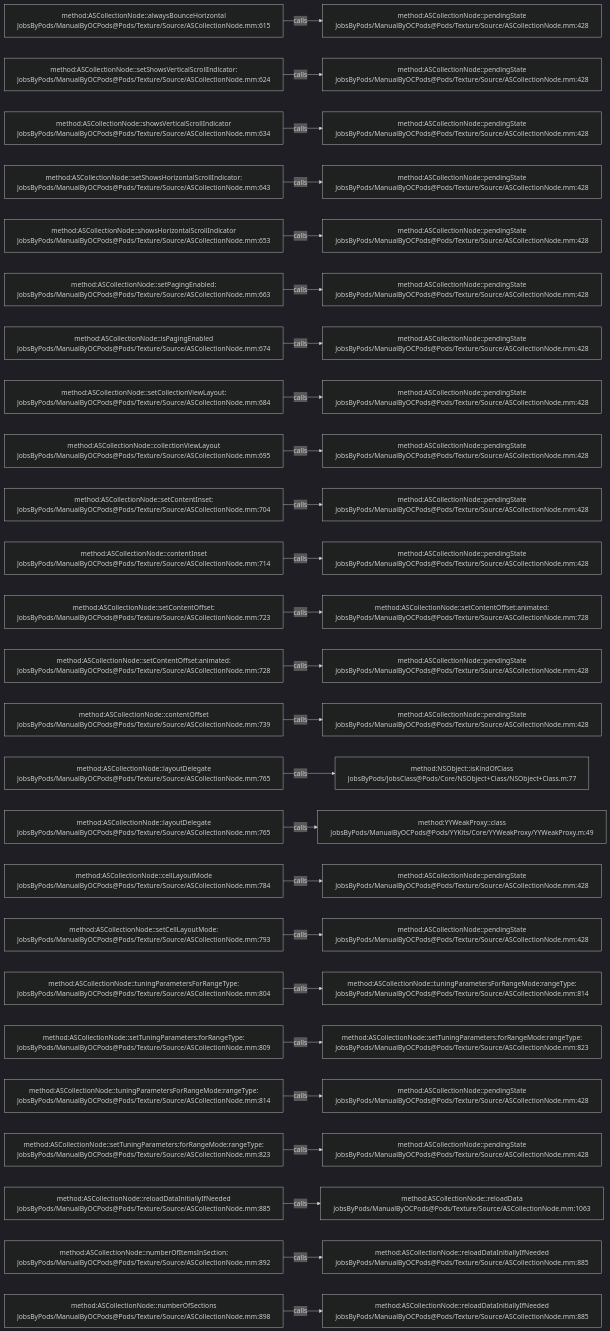
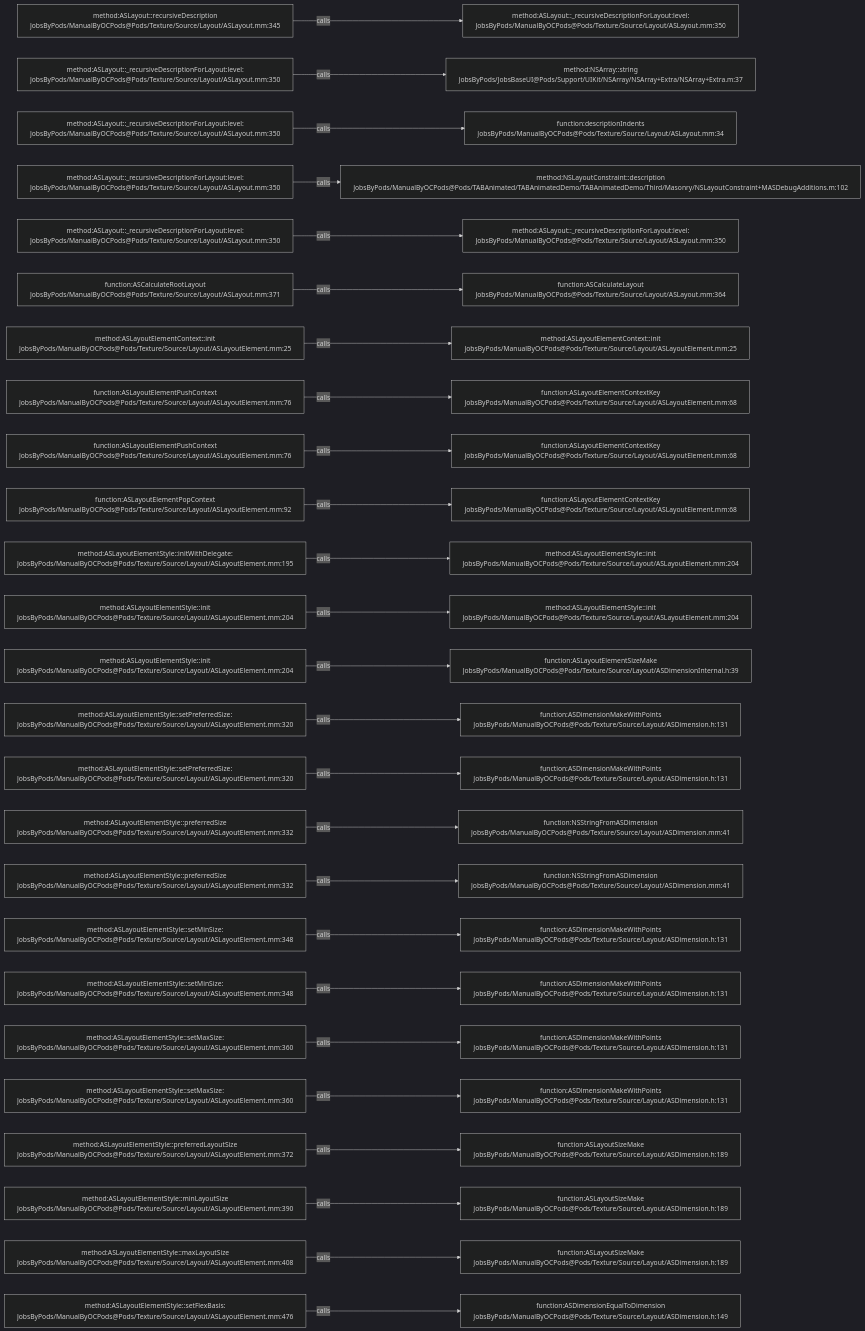
Before and after one commit to JobsKits/JobsOCBaseConfigDemo: the diagram in .codegraph/codegraph.md/graphs/calls-187.md, drawn with Mermaid (dark theme). The commit also changed 2162 other files, not shown here.

````diff
--- a/.codegraph/codegraph.md/graphs/calls-187.md
+++ b/.codegraph/codegraph.md/graphs/calls-187.md
@@ -13,78 +13,78 @@
 ```mermaid
 flowchart LR
-  S1["method:ASCollectionNode::alwaysBounceHorizontal<br/>JobsByPods/ManualByOCPods@Pods/Texture/Source/ASCollectionNode.mm:615"]
-  T1["method:ASCollectionNode::pendingState<br/>JobsByPods/ManualByOCPods@Pods/Texture/Source/ASCollectionNode.mm:428"]
+  S1["method:ASLayout::recursiveDescription<br/>JobsByPods/ManualByOCPods@Pods/Texture/Source/Layout/ASLayout.mm:345"]
+  T1["method:ASLayout::_recursiveDescriptionForLayout:level:<br/>JobsByPods/ManualByOCPods@Pods/Texture/Source/Layout/ASLayout.mm:350"]
   S1 -->|calls| T1
-  S2["method:ASCollectionNode::setShowsVerticalScrollIndicator:<br/>JobsByPods/ManualByOCPods@Pods/Texture/Source/ASCollectionNode.mm:624"]
-  T2["method:ASCollectionNode::pendingState<br/>JobsByPods/ManualByOCPods@Pods/Texture/Source/ASCollectionNode.mm:428"]
+  S2["method:ASLayout::_recursiveDescriptionForLayout:level:<br/>JobsByPods/ManualByOCPods@Pods/Texture/Source/Layout/ASLayout.mm:350"]
+  T2["method:NSArray::string<br/>JobsByPods/JobsBaseUI@Pods/Support/UIKit/NSArray/NSArray+Extra/NSArray+Extra.m:37"]
   S2 -->|calls| T2
-  S3["method:ASCollectionNode::showsVerticalScrollIndicator<br/>JobsByPods/ManualByOCPods@Pods/Texture/Source/ASCollectionNode.mm:634"]
-  T3["method:ASCollectionNode::pendingState<br/>JobsByPods/ManualByOCPods@Pods/Texture/Source/ASCollectionNode.mm:428"]
+  S3["method:ASLayout::_recursiveDescriptionForLayout:level:<br/>JobsByPods/ManualByOCPods@Pods/Texture/Source/Layout/ASLayout.mm:350"]
+  T3["function:descriptionIndents<br/>JobsByPods/ManualByOCPods@Pods/Texture/Source/Layout/ASLayout.mm:34"]
   S3 -->|calls| T3
-  S4["method:ASCollectionNode::setShowsHorizontalScrollIndicator:<br/>JobsByPods/ManualByOCPods@Pods/Texture/Source/ASCollectionNode.mm:643"]
-  T4["method:ASCollectionNode::pendingState<br/>JobsByPods/ManualByOCPods@Pods/Texture/Source/ASCollectionNode.mm:428"]
+  S4["method:ASLayout::_recursiveDescriptionForLayout:level:<br/>JobsByPods/ManualByOCPods@Pods/Texture/Source/Layout/ASLayout.mm:350"]
+  T4["method:NSLayoutConstraint::description<br/>JobsByPods/ManualByOCPods@Pods/TABAnimated/TABAnimatedDemo/TABAnimatedDemo/Third/Masonry/NSLayoutConstraint+MASDebugAdditions.m:102"]
   S4 -->|calls| T4
-  S5["method:ASCollectionNode::showsHorizontalScrollIndicator<br/>JobsByPods/ManualByOCPods@Pods/Texture/Source/ASCollectionNode.mm:653"]
-  T5["method:ASCollectionNode::pendingState<br/>JobsByPods/ManualByOCPods@Pods/Texture/Source/ASCollectionNode.mm:428"]
+  S5["method:ASLayout::_recursiveDescriptionForLayout:level:<br/>JobsByPods/ManualByOCPods@Pods/Texture/Source/Layout/ASLayout.mm:350"]
+  T5["method:ASLayout::_recursiveDescriptionForLayout:level:<br/>JobsByPods/ManualByOCPods@Pods/Texture/Source/Layout/ASLayout.mm:350"]
   S5 -->|calls| T5
-  S6["method:ASCollectionNode::setPagingEnabled:<br/>JobsByPods/ManualByOCPods@Pods/Texture/Source/ASCollectionNode.mm:663"]
-  T6["method:ASCollectionNode::pendingState<br/>JobsByPods/ManualByOCPods@Pods/Texture/Source/ASCollectionNode.mm:428"]
+  S6["function:ASCalculateRootLayout<br/>JobsByPods/ManualByOCPods@Pods/Texture/Source/Layout/ASLayout.mm:371"]
+  T6["function:ASCalculateLayout<br/>JobsByPods/ManualByOCPods@Pods/Texture/Source/Layout/ASLayout.mm:364"]
   S6 -->|calls| T6
-  S7["method:ASCollectionNode::isPagingEnabled<br/>JobsByPods/ManualByOCPods@Pods/Texture/Source/ASCollectionNode.mm:674"]
-  T7["method:ASCollectionNode::pendingState<br/>JobsByPods/ManualByOCPods@Pods/Texture/Source/ASCollectionNode.mm:428"]
+  S7["method:ASLayoutElementContext::init<br/>JobsByPods/ManualByOCPods@Pods/Texture/Source/Layout/ASLayoutElement.mm:25"]
+  T7["method:ASLayoutElementContext::init<br/>JobsByPods/ManualByOCPods@Pods/Texture/Source/Layout/ASLayoutElement.mm:25"]
   S7 -->|calls| T7
-  S8["method:ASCollectionNode::setCollectionViewLayout:<br/>JobsByPods/ManualByOCPods@Pods/Texture/Source/ASCollectionNode.mm:684"]
-  T8["method:ASCollectionNode::pendingState<br/>JobsByPods/ManualByOCPods@Pods/Texture/Source/ASCollectionNode.mm:428"]
+  S8["function:ASLayoutElementPushContext<br/>JobsByPods/ManualByOCPods@Pods/Texture/Source/Layout/ASLayoutElement.mm:76"]
+  T8["function:ASLayoutElementContextKey<br/>JobsByPods/ManualByOCPods@Pods/Texture/Source/Layout/ASLayoutElement.mm:68"]
   S8 -->|calls| T8
-  S9["method:ASCollectionNode::collectionViewLayout<br/>JobsByPods/ManualByOCPods@Pods/Texture/Source/ASCollectionNode.mm:695"]
-  T9["method:ASCollectionNode::pendingState<br/>JobsByPods/ManualByOCPods@Pods/Texture/Source/ASCollectionNode.mm:428"]
+  S9["function:ASLayoutElementPushContext<br/>JobsByPods/ManualByOCPods@Pods/Texture/Source/Layout/ASLayoutElement.mm:76"]
+  T9["function:ASLayoutElementContextKey<br/>JobsByPods/ManualByOCPods@Pods/Texture/Source/Layout/ASLayoutElement.mm:68"]
   S9 -->|calls| T9
-  S10["method:ASCollectionNode::setContentInset:<br/>JobsByPods/ManualByOCPods@Pods/Texture/Source/ASCollectionNode.mm:704"]
-  T10["method:ASCollectionNode::pendingState<br/>JobsByPods/ManualByOCPods@Pods/Texture/Source/ASCollectionNode.mm:428"]
+  S10["function:ASLayoutElementPopContext<br/>JobsByPods/ManualByOCPods@Pods/Texture/Source/Layout/ASLayoutElement.mm:92"]
+  T10["function:ASLayoutElementContextKey<br/>JobsByPods/ManualByOCPods@Pods/Texture/Source/Layout/ASLayoutElement.mm:68"]
   S10 -->|calls| T10
-  S11["method:ASCollectionNode::contentInset<br/>JobsByPods/ManualByOCPods@Pods/Texture/Source/ASCollectionNode.mm:714"]
-  T11["method:ASCollectionNode::pendingState<br/>JobsByPods/ManualByOCPods@Pods/Texture/Source/ASCollectionNode.mm:428"]
+  S11["method:ASLayoutElementStyle::initWithDelegate:<br/>JobsByPods/ManualByOCPods@Pods/Texture/Source/Layout/ASLayoutElement.mm:195"]
+  T11["method:ASLayoutElementStyle::init<br/>JobsByPods/ManualByOCPods@Pods/Texture/Source/Layout/ASLayoutElement.mm:204"]
   S11 -->|calls| T11
-  S12["method:ASCollectionNode::setContentOffset:<br/>JobsByPods/ManualByOCPods@Pods/Texture/Source/ASCollectionNode.mm:723"]
-  T12["method:ASCollectionNode::setContentOffset:animated:<br/>JobsByPods/ManualByOCPods@Pods/Texture/Source/ASCollectionNode.mm:728"]
+  S12["method:ASLayoutElementStyle::init<br/>JobsByPods/ManualByOCPods@Pods/Texture/Source/Layout/ASLayoutElement.mm:204"]
+  T12["method:ASLayoutElementStyle::init<br/>JobsByPods/ManualByOCPods@Pods/Texture/Source/Layout/ASLayoutElement.mm:204"]
   S12 -->|calls| T12
-  S13["method:ASCollectionNode::setContentOffset:animated:<br/>JobsByPods/ManualByOCPods@Pods/Texture/Source/ASCollectionNode.mm:728"]
-  T13["method:ASCollectionNode::pendingState<br/>JobsByPods/ManualByOCPods@Pods/Texture/Source/ASCollectionNode.mm:428"]
+  S13["method:ASLayoutElementStyle::init<br/>JobsByPods/ManualByOCPods@Pods/Texture/Source/Layout/ASLayoutElement.mm:204"]
+  T13["function:ASLayoutElementSizeMake<br/>JobsByPods/ManualByOCPods@Pods/Texture/Source/Layout/ASDimensionInternal.h:39"]
   S13 -->|calls| T13
-  S14["method:ASCollectionNode::contentOffset<br/>JobsByPods/ManualByOCPods@Pods/Texture/Source/ASCollectionNode.mm:739"]
-  T14["method:ASCollectionNode::pendingState<br/>JobsByPods/ManualByOCPods@Pods/Texture/Source/ASCollectionNode.mm:428"]
+  S14["method:ASLayoutElementStyle::setPreferredSize:<br/>JobsByPods/ManualByOCPods@Pods/Texture/Source/Layout/ASLayoutElement.mm:320"]
+  T14["function:ASDimensionMakeWithPoints<br/>JobsByPods/ManualByOCPods@Pods/Texture/Source/Layout/ASDimension.h:131"]
   S14 -->|calls| T14
-  S15["method:ASCollectionNode::layoutDelegate<br/>JobsByPods/ManualByOCPods@Pods/Texture/Source/ASCollectionNode.mm:765"]
-  T15["method:NSObject::isKindOfClass<br/>JobsByPods/JobsClass@Pods/Core/NSObject+Class/NSObject+Class.m:77"]
+  S15["method:ASLayoutElementStyle::setPreferredSize:<br/>JobsByPods/ManualByOCPods@Pods/Texture/Source/Layout/ASLayoutElement.mm:320"]
+  T15["function:ASDimensionMakeWithPoints<br/>JobsByPods/ManualByOCPods@Pods/Texture/Source/Layout/ASDimension.h:131"]
   S15 -->|calls| T15
-  S16["method:ASCollectionNode::layoutDelegate<br/>JobsByPods/ManualByOCPods@Pods/Texture/Source/ASCollectionNode.mm:765"]
-  T16["method:YYWeakProxy::class<br/>JobsByPods/ManualByOCPods@Pods/YYKits/Core/YYWeakProxy/YYWeakProxy.m:49"]
+  S16["method:ASLayoutElementStyle::preferredSize<br/>JobsByPods/ManualByOCPods@Pods/Texture/Source/Layout/ASLayoutElement.mm:332"]
+  T16["function:NSStringFromASDimension<br/>JobsByPods/ManualByOCPods@Pods/Texture/Source/Layout/ASDimension.mm:41"]
   S16 -->|calls| T16
-  S17["method:ASCollectionNode::cellLayoutMode<br/>JobsByPods/ManualByOCPods@Pods/Texture/Source/ASCollectionNode.mm:784"]
-  T17["method:ASCollectionNode::pendingState<br/>JobsByPods/ManualByOCPods@Pods/Texture/Source/ASCollectionNode.mm:428"]
+  S17["method:ASLayoutElementStyle::preferredSize<br/>JobsByPods/ManualByOCPods@Pods/Texture/Source/Layout/ASLayoutElement.mm:332"]
+  T17["function:NSStringFromASDimension<br/>JobsByPods/ManualByOCPods@Pods/Texture/Source/Layout/ASDimension.mm:41"]
   S17 -->|calls| T17
-  S18["method:ASCollectionNode::setCellLayoutMode:<br/>JobsByPods/ManualByOCPods@Pods/Texture/Source/ASCollectionNode.mm:793"]
-  T18["method:ASCollectionNode::pendingState<br/>JobsByPods/ManualByOCPods@Pods/Texture/Source/ASCollectionNode.mm:428"]
+  S18["method:ASLayoutElementStyle::setMinSize:<br/>JobsByPods/ManualByOCPods@Pods/Texture/Source/Layout/ASLayoutElement.mm:348"]
+  T18["function:ASDimensionMakeWithPoints<br/>JobsByPods/ManualByOCPods@Pods/Texture/Source/Layout/ASDimension.h:131"]
   S18 -->|calls| T18
-  S19["method:ASCollectionNode::tuningParametersForRangeType:<br/>JobsByPods/ManualByOCPods@Pods/Texture/Source/ASCollectionNode.mm:804"]
-  T19["method:ASCollectionNode::tuningParametersForRangeMode:rangeType:<br/>JobsByPods/ManualByOCPods@Pods/Texture/Source/ASCollectionNode.mm:814"]
+  S19["method:ASLayoutElementStyle::setMinSize:<br/>JobsByPods/ManualByOCPods@Pods/Texture/Source/Layout/ASLayoutElement.mm:348"]
+  T19["function:ASDimensionMakeWithPoints<br/>JobsByPods/ManualByOCPods@Pods/Texture/Source/Layout/ASDimension.h:131"]
   S19 -->|calls| T19
-  S20["method:ASCollectionNode::setTuningParameters:forRangeType:<br/>JobsByPods/ManualByOCPods@Pods/Texture/Source/ASCollectionNode.mm:809"]
-  T20["method:ASCollectionNode::setTuningParameters:forRangeMode:rangeType:<br/>JobsByPods/ManualByOCPods@Pods/Texture/Source/ASCollectionNode.mm:823"]
+  S20["method:ASLayoutElementStyle::setMaxSize:<br/>JobsByPods/ManualByOCPods@Pods/Texture/Source/Layout/ASLayoutElement.mm:360"]
+  T20["function:ASDimensionMakeWithPoints<br/>JobsByPods/ManualByOCPods@Pods/Texture/Source/Layout/ASDimension.h:131"]
   S20 -->|calls| T20
-  S21["method:ASCollectionNode::tuningParametersForRangeMode:rangeType:<br/>JobsByPods/ManualByOCPods@Pods/Texture/Source/ASCollectionNode.mm:814"]
-  T21["method:ASCollectionNode::pendingState<br/>JobsByPods/ManualByOCPods@Pods/Texture/Source/ASCollectionNode.mm:428"]
+  S21["method:ASLayoutElementStyle::setMaxSize:<br/>JobsByPods/ManualByOCPods@Pods/Texture/Source/Layout/ASLayoutElement.mm:360"]
+  T21["function:ASDimensionMakeWithPoints<br/>JobsByPods/ManualByOCPods@Pods/Texture/Source/Layout/ASDimension.h:131"]
   S21 -->|calls| T21
-  S22["method:ASCollectionNode::setTuningParameters:forRangeMode:rangeType:<br/>JobsByPods/ManualByOCPods@Pods/Texture/Source/ASCollectionNode.mm:823"]
-  T22["method:ASCollectionNode::pendingState<br/>JobsByPods/ManualByOCPods@Pods/Texture/Source/ASCollectionNode.mm:428"]
+  S22["method:ASLayoutElementStyle::preferredLayoutSize<br/>JobsByPods/ManualByOCPods@Pods/Texture/Source/Layout/ASLayoutElement.mm:372"]
+  T22["function:ASLayoutSizeMake<br/>JobsByPods/ManualByOCPods@Pods/Texture/Source/Layout/ASDimension.h:189"]
   S22 -->|calls| T22
-  S23["method:ASCollectionNode::reloadDataInitiallyIfNeeded<br/>JobsByPods/ManualByOCPods@Pods/Texture/Source/ASCollectionNode.mm:885"]
-  T23["method:ASCollectionNode::reloadData<br/>JobsByPods/ManualByOCPods@Pods/Texture/Source/ASCollectionNode.mm:1063"]
+  S23["method:ASLayoutElementStyle::minLayoutSize<br/>JobsByPods/ManualByOCPods@Pods/Texture/Source/Layout/ASLayoutElement.mm:390"]
+  T23["function:ASLayoutSizeMake<br/>JobsByPods/ManualByOCPods@Pods/Texture/Source/Layout/ASDimension.h:189"]
   S23 -->|calls| T23
-  S24["method:ASCollectionNode::numberOfItemsInSection:<br/>JobsByPods/ManualByOCPods@Pods/Texture/Source/ASCollectionNode.mm:892"]
-  T24["method:ASCollectionNode::reloadDataInitiallyIfNeeded<br/>JobsByPods/ManualByOCPods@Pods/Texture/Source/ASCollectionNode.mm:885"]
+  S24["method:ASLayoutElementStyle::maxLayoutSize<br/>JobsByPods/ManualByOCPods@Pods/Texture/Source/Layout/ASLayoutElement.mm:408"]
+  T24["function:ASLayoutSizeMake<br/>JobsByPods/ManualByOCPods@Pods/Texture/Source/Layout/ASDimension.h:189"]
   S24 -->|calls| T24
-  S25["method:ASCollectionNode::numberOfSections<br/>JobsByPods/ManualByOCPods@Pods/Texture/Source/ASCollectionNode.mm:898"]
-  T25["method:ASCollectionNode::reloadDataInitiallyIfNeeded<br/>JobsByPods/ManualByOCPods@Pods/Texture/Source/ASCollectionNode.mm:885"]
+  S25["method:ASLayoutElementStyle::setFlexBasis:<br/>JobsByPods/ManualByOCPods@Pods/Texture/Source/Layout/ASLayoutElement.mm:476"]
+  T25["function:ASDimensionEqualToDimension<br/>JobsByPods/ManualByOCPods@Pods/Texture/Source/Layout/ASDimension.h:149"]
   S25 -->|calls| T25
 ```
````
